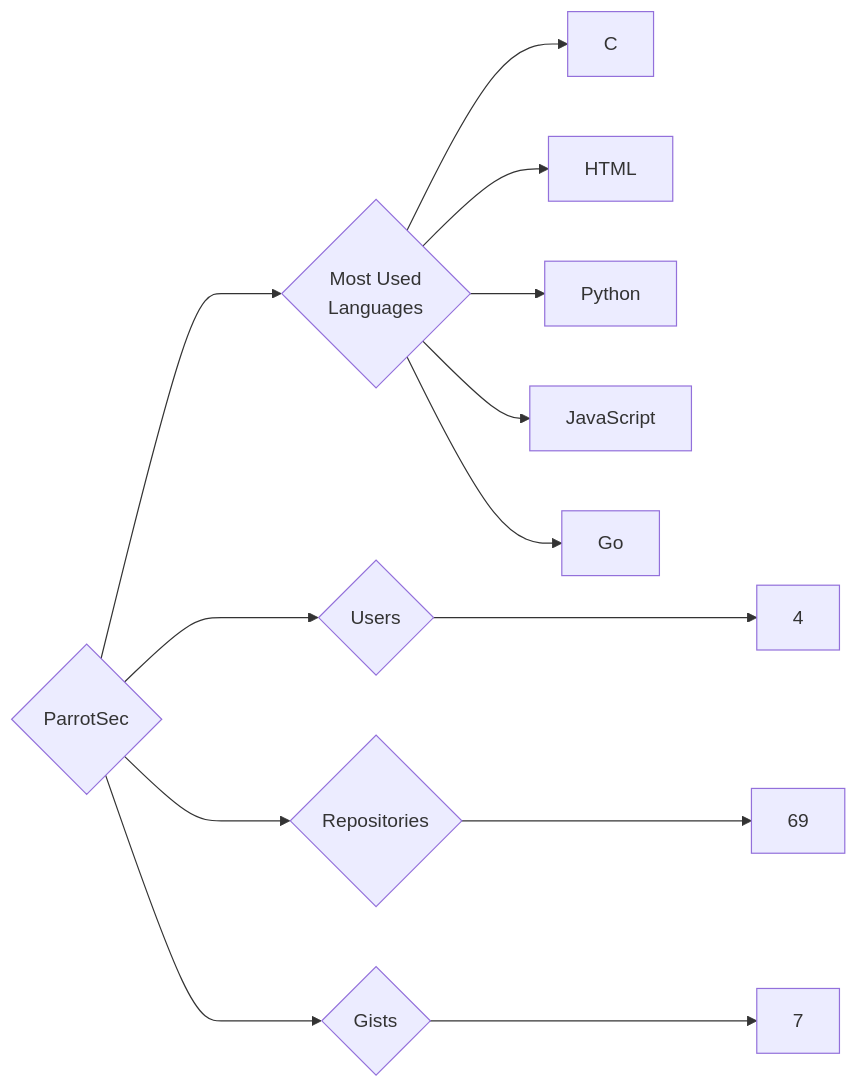
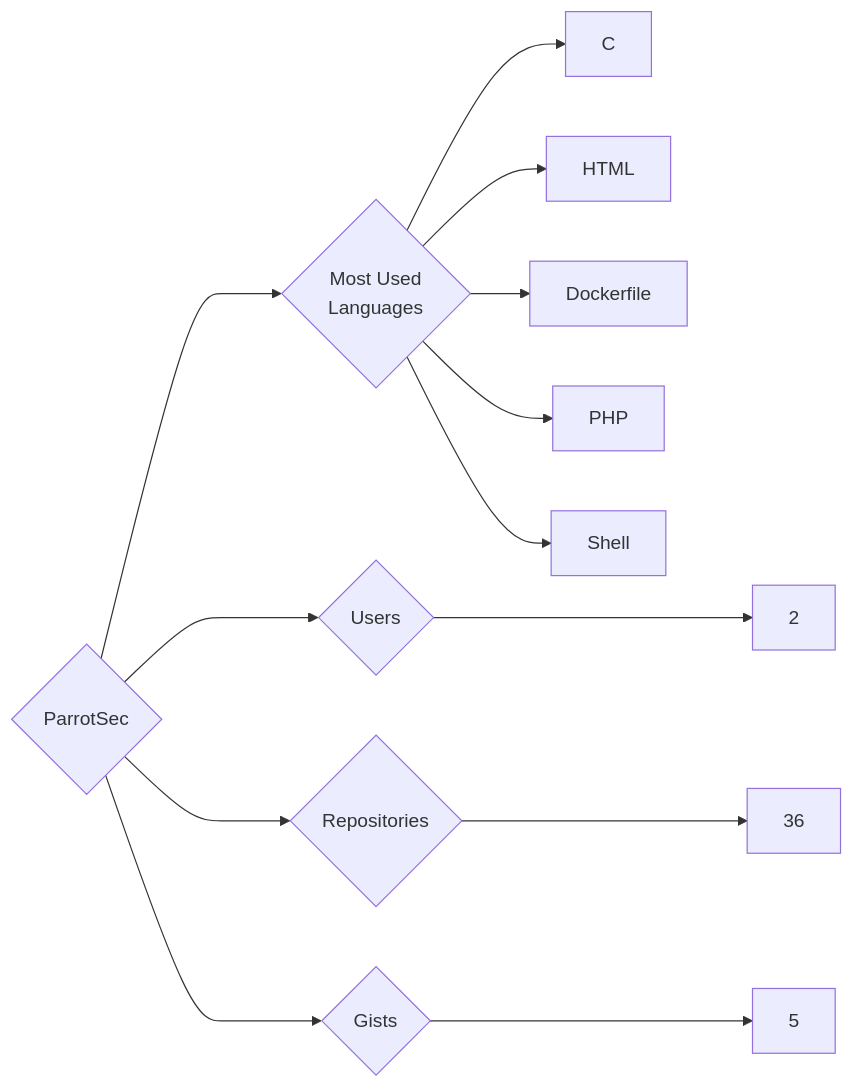
Before and after one commit to trickest/insiders: the diagram in targets/ParrotSec/README.md, drawn with Mermaid. The commit also changed 871 other files, not shown here.

````diff
--- a/targets/ParrotSec/README.md
+++ b/targets/ParrotSec/README.md
@@ -3,13 +3,13 @@
 ```mermaid
 graph LR
 COMPANY_NAME{ParrotSec}
-COMPANY_NAME ---> U{Users} ---> UN[4]
-COMPANY_NAME ---> R{Repositories} ---> RN[69]
-COMPANY_NAME ---> G{Gists} ---> GN[7]
+COMPANY_NAME ---> U{Users} ---> UN[2]
+COMPANY_NAME ---> R{Repositories} ---> RN[36]
+COMPANY_NAME ---> G{Gists} ---> GN[5]
 COMPANY_NAME ---> ML{Most Used<br>Languages}
 ML --> C[C]
 ML --> HTML[HTML]
-ML --> Python[Python]
-ML --> JavaScript[JavaScript]
-ML --> Go[Go]
+ML --> Dockerfile[Dockerfile]
+ML --> PHP[PHP]
+ML --> Shell[Shell]
 ```
````
